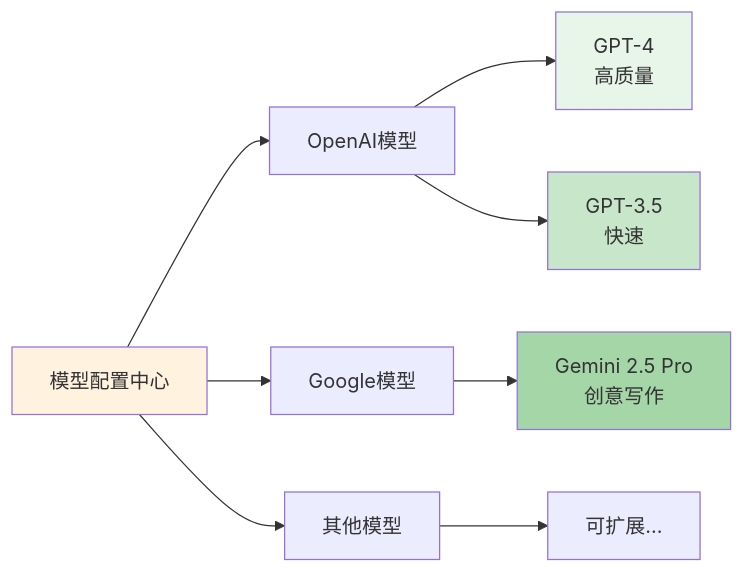
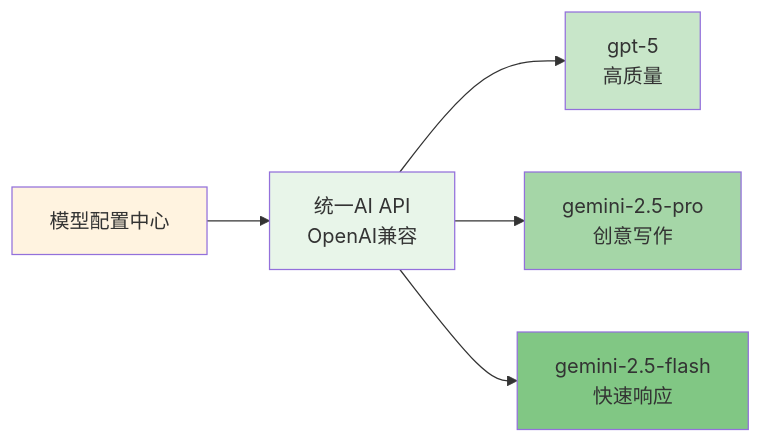
Before and after one commit to alin776/ai_writer: the tenth of 14 diagrams in docs/架构图/04-AI服务架构.md, drawn with Mermaid. The commit also changed other lines of this file and 7 other files, not shown here.

````diff
--- a/docs/架构图/04-AI服务架构.md
+++ b/docs/架构图/04-AI服务架构.md
@@ -368,18 +368,14 @@
 ```mermaid
 graph LR
-    A[模型配置中心] --> B[OpenAI模型]
-    A --> C[Google模型]
-    A --> D[其他模型]
+    A[模型配置中心] --> B[统一AI API<br/>OpenAI兼容]
 
-    B --> B1[GPT-4<br/>高质量]
-    B --> B2[GPT-3.5<br/>快速]
-
-    C --> C1[Gemini 2.5 Pro<br/>创意写作]
-
-    D --> D1[可扩展...]
+    B --> B1[gpt-5<br/>高质量]
+    B --> B2[gemini-2.5-pro<br/>创意写作]
+    B --> B3[gemini-2.5-flash<br/>快速响应]
 
     style A fill:#fff3e0
-    style B1 fill:#e8f5e9
-    style B2 fill:#c8e6c9
-    style C1 fill:#a5d6a7
+    style B fill:#e8f5e9
+    style B1 fill:#c8e6c9
+    style B2 fill:#a5d6a7
+    style B3 fill:#81c784
 ```
````
